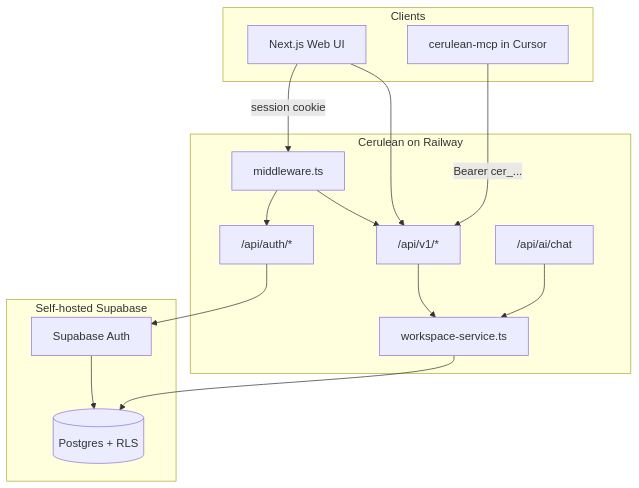
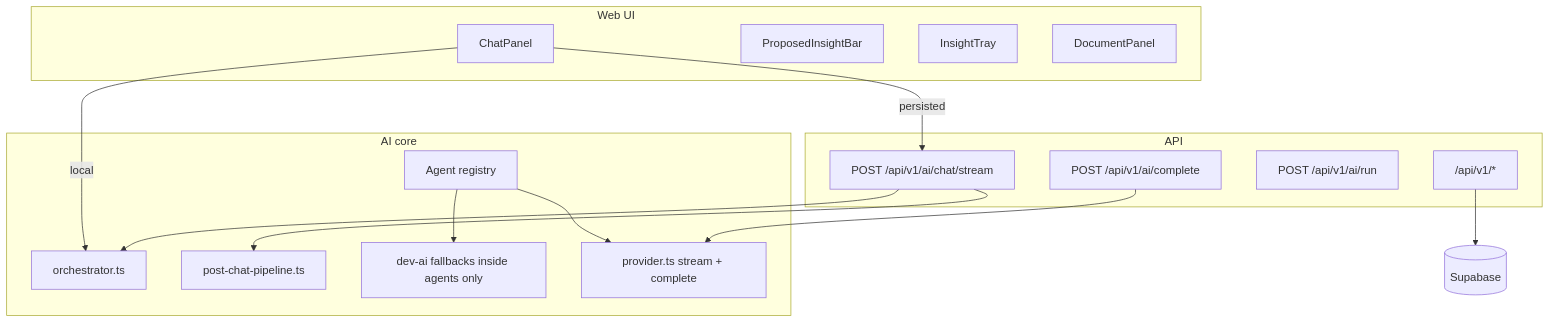
One commit to dvy1987/Cerulean changed the diagram in docs/HANDOFF.md. Above: the diagram before and after it, drawn with Mermaid. The commit also changed other lines of this file and 64 other files, not shown here.

````diff
--- a/docs/HANDOFF.md
+++ b/docs/HANDOFF.md
@@ -63,31 +107,33 @@
 ```mermaid
 flowchart TB
-  subgraph clients [Clients]
-    Web[Next.js Web UI]
-    MCP[cerulean-mcp in Cursor]
+  subgraph ui [Web UI]
+    CP[ChatPanel]
+    PIB[ProposedInsightBar]
+    DT[InsightTray]
+    DP[DocumentPanel]
   end
 
-  subgraph app [Cerulean on Railway]
-    MW[middleware.ts]
-    Auth["/api/auth/*"]
+  subgraph api [API]
+    Stream["POST /api/v1/ai/chat/stream"]
+    Complete["POST /api/v1/ai/complete"]
+    Run["POST /api/v1/ai/run"]
     V1["/api/v1/*"]
-    Chat["/api/ai/chat"]
-    WS[workspace-service.ts]
   end
 
-  subgraph data [Self-hosted Supabase]
-    PG[(Postgres + RLS)]
-    SA[Supabase Auth]
+  subgraph ai [AI core]
+    Orch[orchestrator.ts]
+    Post[post-chat-pipeline.ts]
+    Agents[Agent registry]
+    Dev[dev-ai fallbacks inside agents only]
+    Prov[provider.ts stream + complete]
   end
 
-  Web -->|session cookie| MW
-  MCP -->|Bearer cer_...| V1
-  MW --> Auth
-  MW --> V1
-  Web --> V1
-  Auth --> SA
-  V1 --> WS
-  Chat --> WS
-  WS --> PG
-  SA --> PG
+  CP -->|persisted| Stream
+  CP -->|local| Orch
+  Stream --> Orch
+  Stream --> Post
+  Agents --> Dev
+  Agents --> Prov
+  Complete --> Prov
+  V1 --> DB[(Supabase)]
 ```
````
